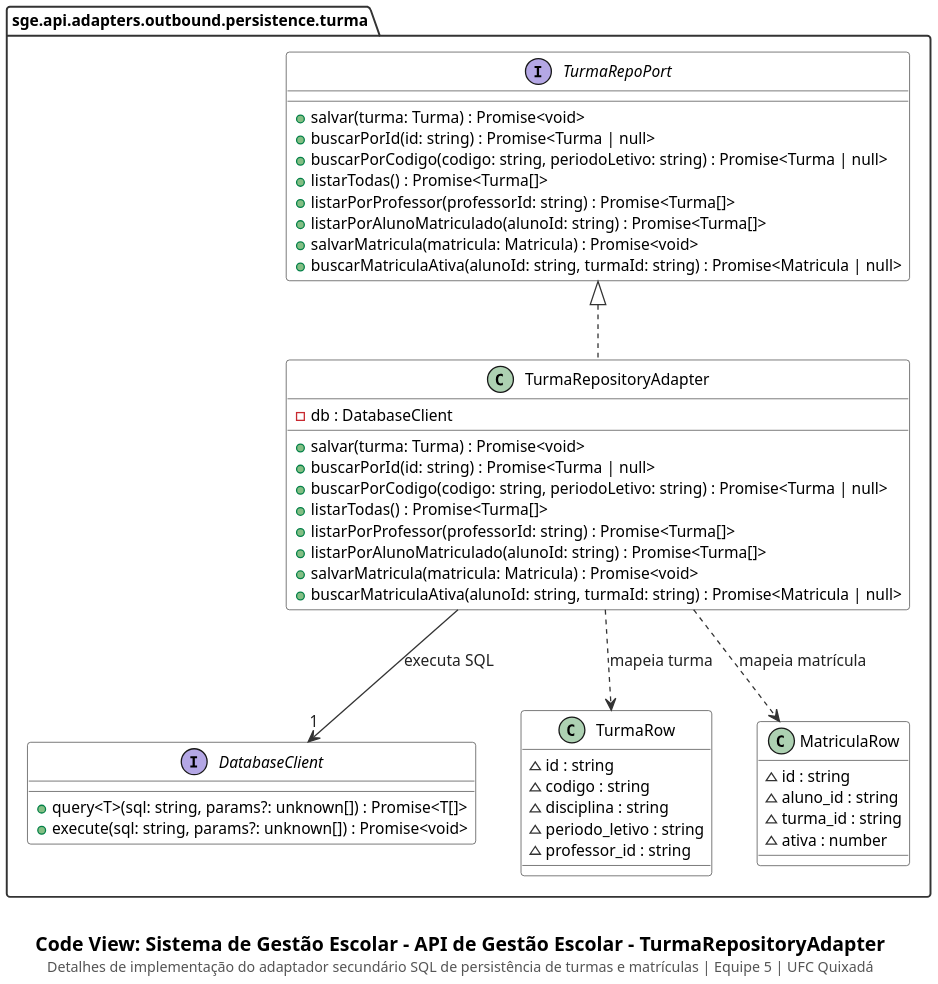
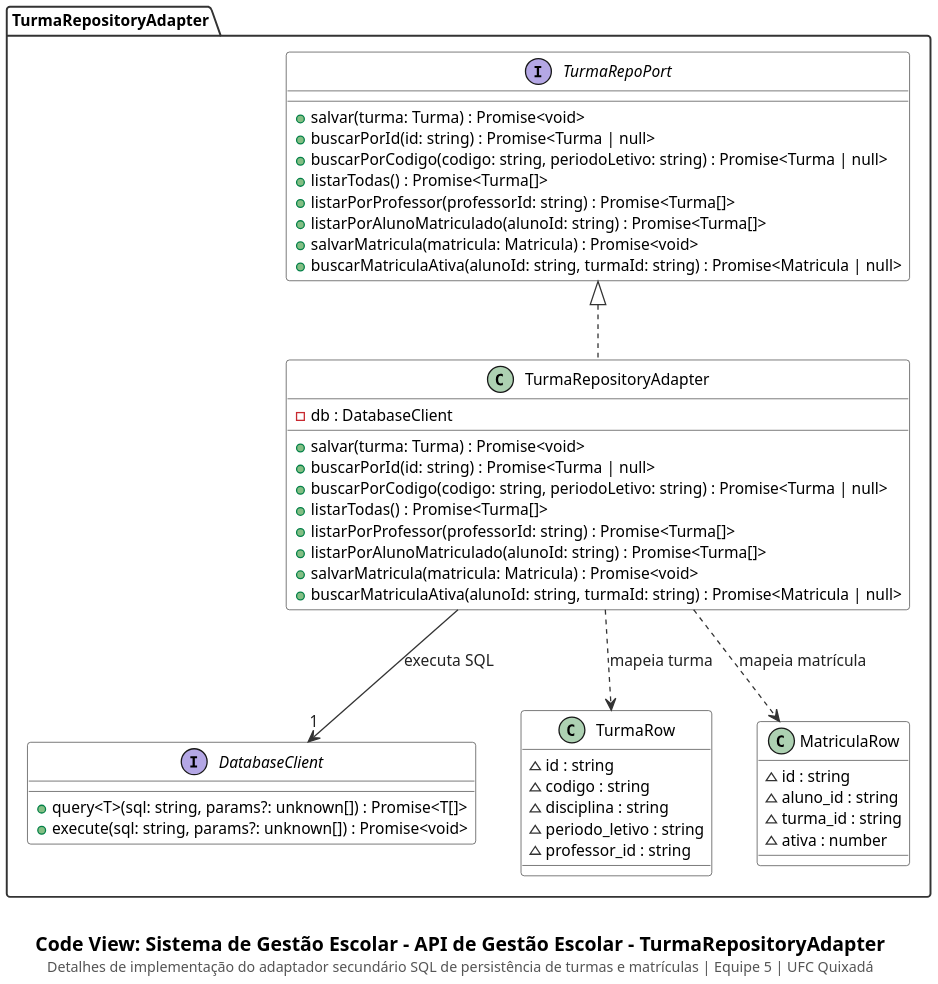
The diagram in docs/code/turma-repository-adapter.puml (cicerocarnauba/sistema-gestao-escolar), drawn with PlantUML before and after one commit. The commit also changed 14 other files, not shown here.

```diff
--- a/docs/code/turma-repository-adapter.puml
+++ b/docs/code/turma-repository-adapter.puml
@@ -1,71 +1,71 @@
 @startuml
 set separator none
 top to bottom direction
 skinparam backgroundColor #FFFFFF
 skinparam shadowing false
 skinparam dpi 180
 skinparam defaultFontName "SansSerif"
 skinparam defaultFontSize 12
 skinparam packageStyle folder
 skinparam packageBackgroundColor #FFFFFF
 skinparam packageBorderColor #333333
 skinparam packageFontStyle bold
 skinparam classBackgroundColor #FFFFFF
 skinparam classHeaderBackgroundColor #FFFFFF
 skinparam classBorderColor #333333
 skinparam arrowColor #333333
 skinparam arrowFontColor #222222
 skinparam noteBackgroundColor #FAFAFA
 skinparam noteBorderColor #666666
 
-package "sge.api.adapters.outbound.persistence.turma" {
+package "TurmaRepositoryAdapter" as pkg_turma_repository_adapter {
     interface TurmaRepoPort {
         + salvar(turma: Turma) : Promise<void>
         + buscarPorId(id: string) : Promise<Turma | null>
         + buscarPorCodigo(codigo: string, periodoLetivo: string) : Promise<Turma | null>
         + listarTodas() : Promise<Turma[]>
         + listarPorProfessor(professorId: string) : Promise<Turma[]>
         + listarPorAlunoMatriculado(alunoId: string) : Promise<Turma[]>
         + salvarMatricula(matricula: Matricula) : Promise<void>
         + buscarMatriculaAtiva(alunoId: string, turmaId: string) : Promise<Matricula | null>
     }
 
     class TurmaRepositoryAdapter implements TurmaRepoPort {
         - db : DatabaseClient
         + salvar(turma: Turma) : Promise<void>
         + buscarPorId(id: string) : Promise<Turma | null>
         + buscarPorCodigo(codigo: string, periodoLetivo: string) : Promise<Turma | null>
         + listarTodas() : Promise<Turma[]>
         + listarPorProfessor(professorId: string) : Promise<Turma[]>
         + listarPorAlunoMatriculado(alunoId: string) : Promise<Turma[]>
         + salvarMatricula(matricula: Matricula) : Promise<void>
         + buscarMatriculaAtiva(alunoId: string, turmaId: string) : Promise<Matricula | null>
     }
 
     interface DatabaseClient {
         + query<T>(sql: string, params?: unknown[]) : Promise<T[]>
         + execute(sql: string, params?: unknown[]) : Promise<void>
     }
 
     class TurmaRow {
         ~ id : string
         ~ codigo : string
         ~ disciplina : string
         ~ periodo_letivo : string
         ~ professor_id : string
     }
 
     class MatriculaRow {
         ~ id : string
         ~ aluno_id : string
         ~ turma_id : string
         ~ ativa : number
     }
 
     TurmaRepositoryAdapter --> "1" DatabaseClient : executa SQL
     TurmaRepositoryAdapter ..> TurmaRow : mapeia turma
     TurmaRepositoryAdapter ..> MatriculaRow : mapeia matrícula
 }
 
 caption \n<size:15><b>Code View: Sistema de Gestão Escolar - API de Gestão Escolar - TurmaRepositoryAdapter</b></size>\n<size:11><color:#555555>Detalhes de implementação do adaptador secundário SQL de persistência de turmas e matrículas | Equipe 5 | UFC Quixadá</color></size>
 @enduml
```
